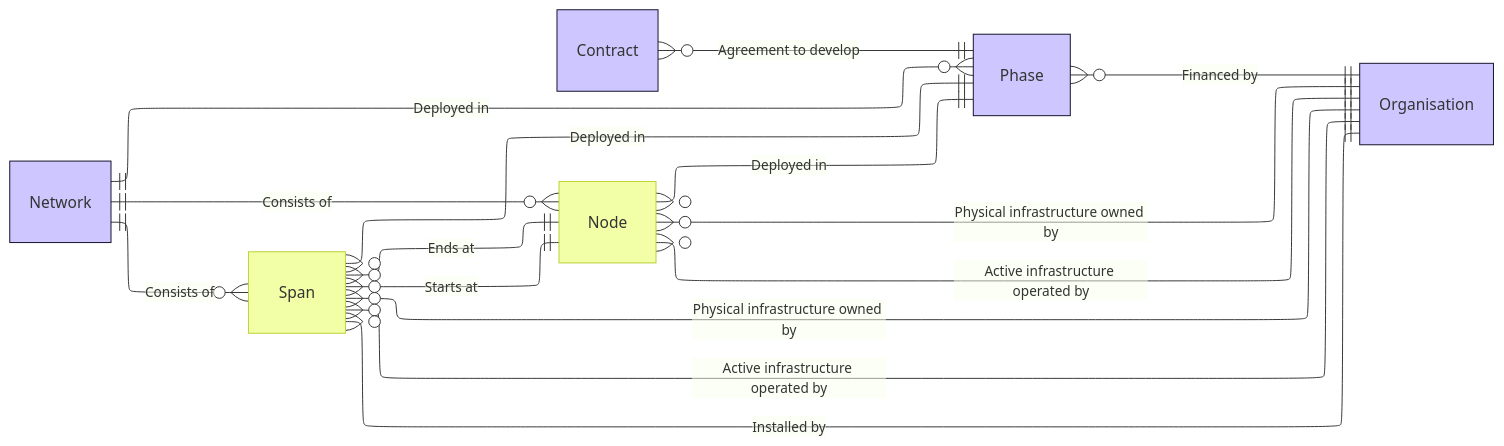
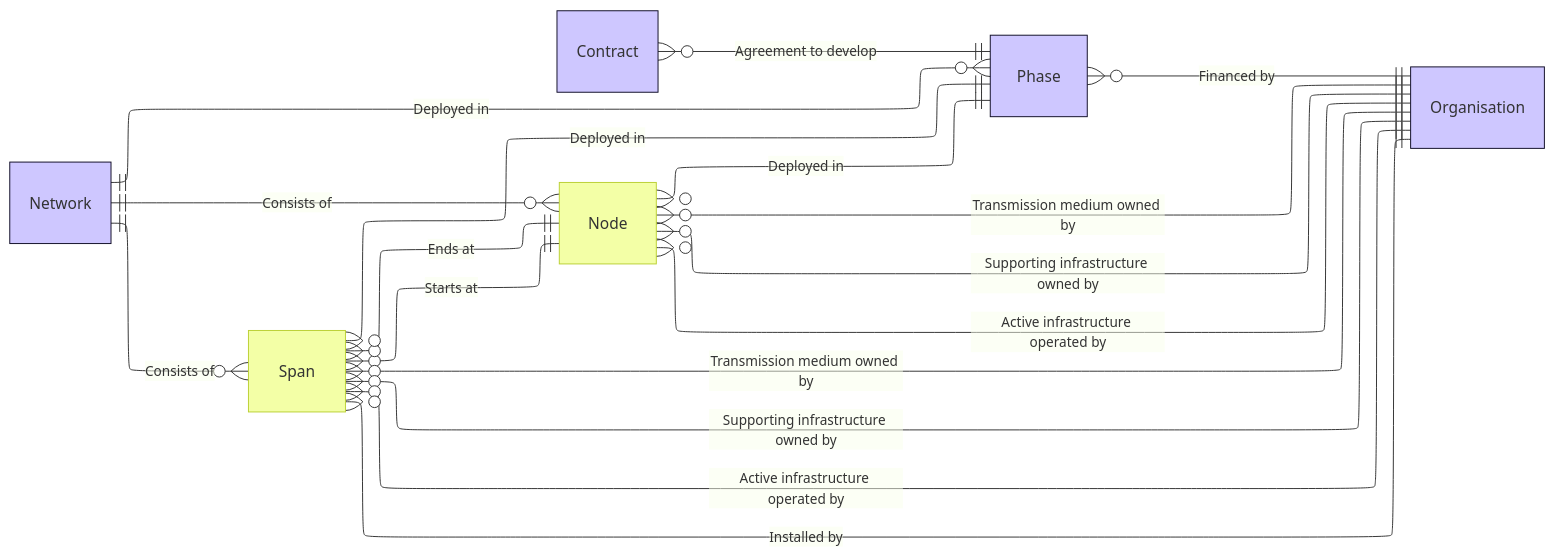
The diagram in docs/reference/data_model.mmd (Open-Telecoms-Data/open-fibre-data-standard), drawn with Mermaid before and after one commit. The commit also changed 8 other files, not shown here.

Commit message:
Update GeoPackage schema and documentation

```diff
--- a/docs/reference/data_model.mmd
+++ b/docs/reference/data_model.mmd
@@ -1,44 +1,46 @@
 ---
 config:
   layout: elk
 ---
 erDiagram
     Network {
     }
     
     Contract {
     }
 
     Node {
     }
 
     Organisation {
     }
 
     Phase {
     }
 
     Span {
     }
 
     Network ||--o{ Node : "Consists of"
     Network ||--o{ Span : "Consists of"
     Network ||--o{ Phase : "Deployed in"
-    Node }o--|| Organisation : "Physical infrastructure owned by"
+    Node }o--|| Organisation : "Transmission medium owned by"
+    Node }o--|| Organisation : "Supporting infrastructure owned by"
     Node }o--|| Organisation : "Active infrastructure operated by"
     Node }o--|| Phase : "Deployed in"
     Span }o--|| Node : "Starts at"
     Span }o--|| Node : "Ends at"
-    Span }o--|| Organisation : "Physical infrastructure owned by"
+    Span }o--|| Organisation : "Transmission medium owned by"
+    Span }o--|| Organisation : "Supporting infrastructure owned by"
     Span }o--|| Organisation : "Active infrastructure operated by"    
     Span }o--|| Organisation : "Installed by"
     Span }o--|| Phase : "Deployed in"
     Contract }o--|| Phase: "Agreement to develop"
     Phase }o--|| Organisation: "Financed by"
 
     classDef spatial fill:#f3ffa6ff,stroke:#bbd034
     classDef non-spatial fill:#cec7ffff,stroke:#110e27
 
     class Node,Span spatial
     class Network,Organisation,Phase,Contract non-spatial
     direction LR
```
